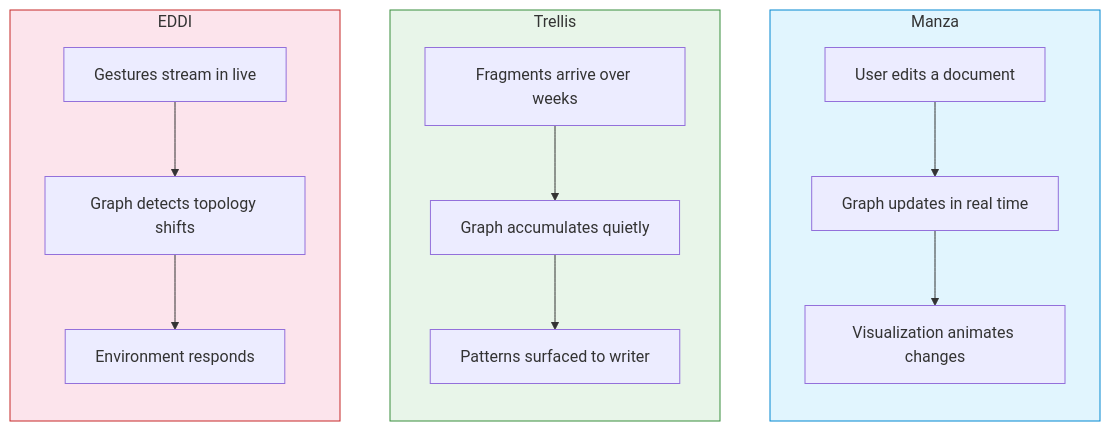
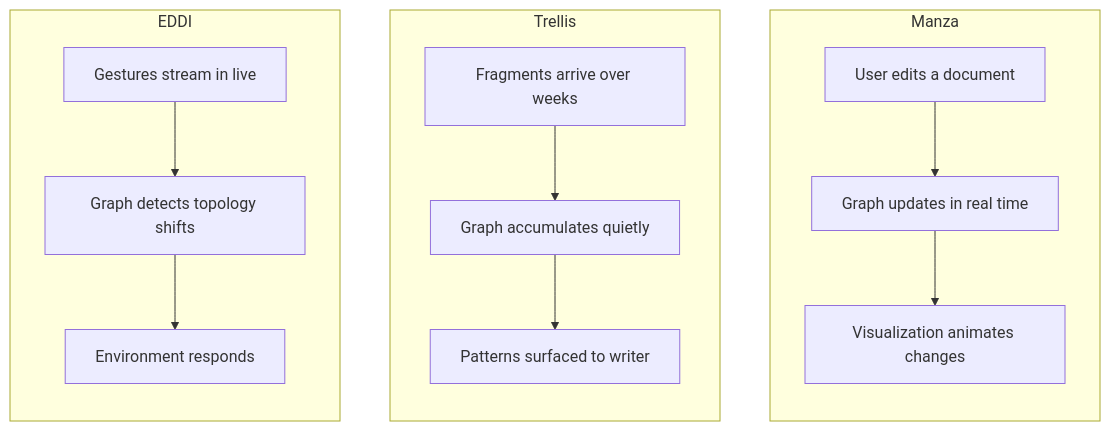
Before and after one commit to nrgforge/plexus: the eighth of 8 diagrams in docs/semantic-adapters.md, drawn with Mermaid. The commit also changed other lines of this file and 1 other file, not shown here.

Commit message:
docs: remove background colors from mermaid diagrams

````diff
--- a/docs/semantic-adapters.md
+++ b/docs/semantic-adapters.md
@@ -204,30 +192,27 @@
 ```mermaid
 flowchart TB
     subgraph manza ["Manza"]
         direction TB
         M1["User edits a document"]
         M2["Graph updates in real time"]
         M3["Visualization animates changes"]
         M1 --> M2 --> M3
     end
 
     subgraph trellis ["Trellis"]
         direction TB
         T1["Fragments arrive over weeks"]
         T2["Graph accumulates quietly"]
         T3["Patterns surfaced to writer"]
         T1 --> T2 --> T3
     end
 
     subgraph eddi ["EDDI"]
         direction TB
         E1["Gestures stream in live"]
         E2["Graph detects topology shifts"]
         E3["Environment responds"]
         E1 --> E2 --> E3
     end
 
-    style manza fill:#e1f5fe,stroke:#0288d1
-    style trellis fill:#e8f5e9,stroke:#388e3c
-    style eddi fill:#fce4ec,stroke:#c62828
 ```
````
